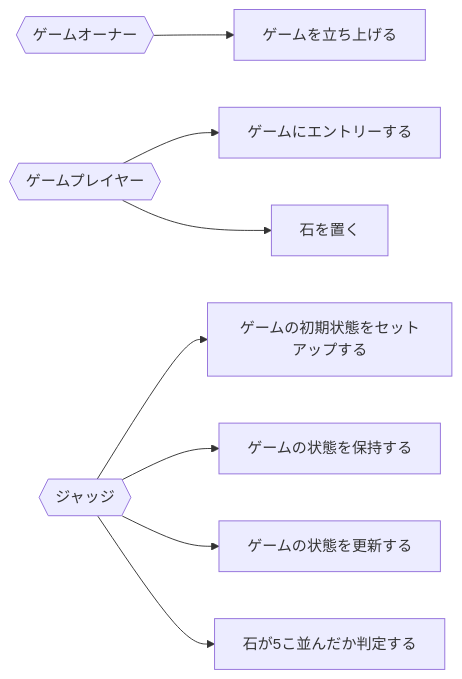
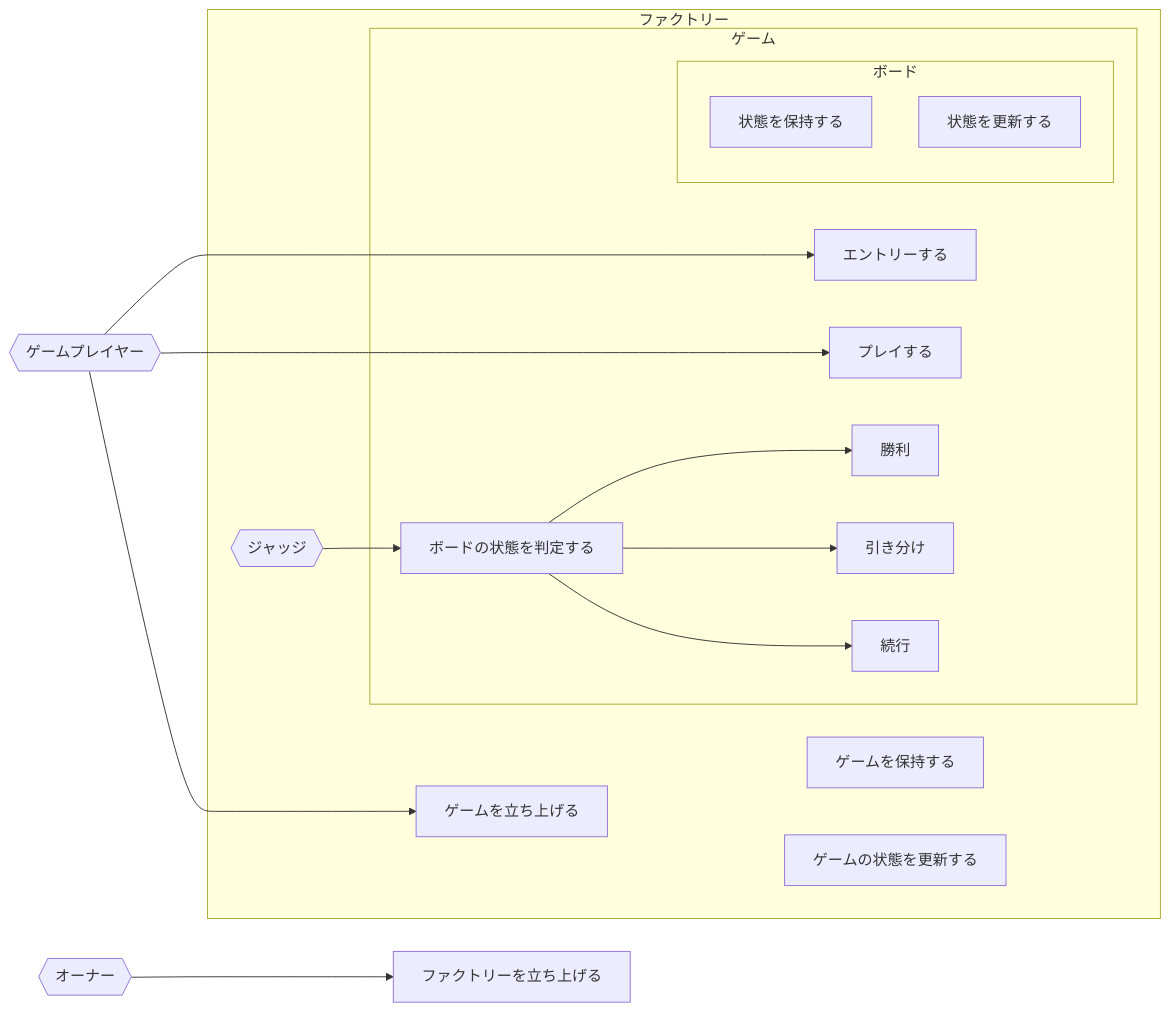
Before and after one commit to 0xHaku/preprod-gomoku: the diagram in doc/usecase.md, drawn with Mermaid. The commit also changed 1 other file, not shown here.

Commit message:
separate domain

````diff
--- a/doc/usecase.md
+++ b/doc/usecase.md
@@ -1,16 +1,42 @@
 ```mermaid
     flowchart LR
 
-    ow{{ゲームオーナー}}
+    ow{{オーナー}}
     p{{ゲームプレイヤー}}
     j{{ジャッジ}}
 
-    ow-->OW1[ゲームを立ち上げる]
-    p-->P1[ゲームにエントリーする]
-    p-->P2[石を置く]
+    ow--->OW1[ファクトリーを立ち上げる]
+    OW2["ゲームを保持する"]
+    OW3["ゲームの状態を更新する"]
+    p--->P1[ゲームを立ち上げる]
+    p---->P2[エントリーする]
+    p---->P3[プレイする]
 
-    j-->J1[ゲームの初期状態をセットアップする]
-    j-->J2[ゲームの状態を保持する]
-    j-->J3[ゲームの状態を更新する]
-    j-->J4[石が5こ並んだか判定する]
+    j-->J1[ボードの状態を判定する]
+    J1-->J1J1[勝利]
+    J1-->J1J2[引き分け]
+    J1-->J1J3[続行]
+
+    B1["状態を保持する"]
+    B2["状態を更新する"]
+
+
+    subgraph ファクトリー
+        P1
+        OW2
+        OW3
+        j
+        subgraph ゲーム
+            P2
+            P3
+            J1
+            J1J1
+            J1J2
+            J1J3
+            subgraph ボード
+                B1
+                B2
+            end
+        end
+    end
 ```
````
